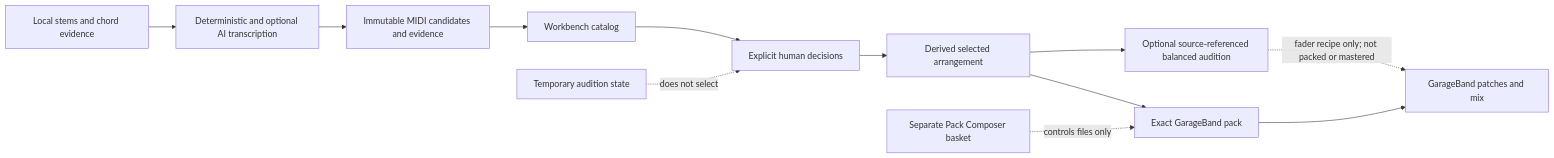
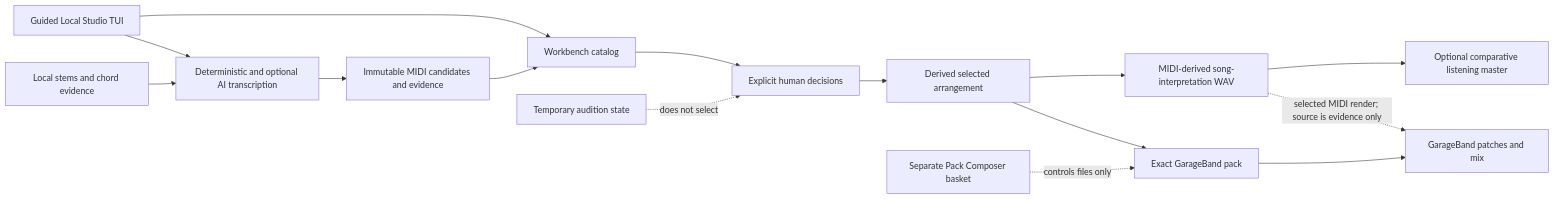
One commit to N9-Developer-Empowerment/sunofriend changed the diagram in docs/TECHNICAL_TOUR.md. Above: the diagram before and after it, drawn with Mermaid. The commit also changed other lines of this file and 59 other files, not shown here.

Commit message:
feat: add guided studio and song interpretation workflow

````diff
--- a/docs/TECHNICAL_TOUR.md
+++ b/docs/TECHNICAL_TOUR.md
@@ -15,15 +21,18 @@
 ```mermaid
 flowchart LR
     A["Local stems and chord evidence"] --> B["Deterministic and optional AI transcription"]
     B --> C["Immutable MIDI candidates and evidence"]
-    C --> D["Workbench catalog"]
+    L["Guided Local Studio TUI"] --> B
+    L --> D["Workbench catalog"]
+    C --> D
     D --> E["Explicit human decisions"]
     E --> F["Derived selected arrangement"]
     F --> G["Exact GarageBand pack"]
     G --> H["GarageBand patches and mix"]
+    F --> K["MIDI-derived song-interpretation WAV"]
+    K -. "selected MIDI render; source is evidence only" .-> H
+    K --> M["Optional comparative listening master"]
 
     I["Temporary audition state"] -. "does not select" .-> E
     J["Separate Pack Composer basket"] -. "controls files only" .-> G
-    F --> K["Optional source-referenced balanced audition"]
-    K -. "fader recipe only; not packed or mastered" .-> H
 ```
````
